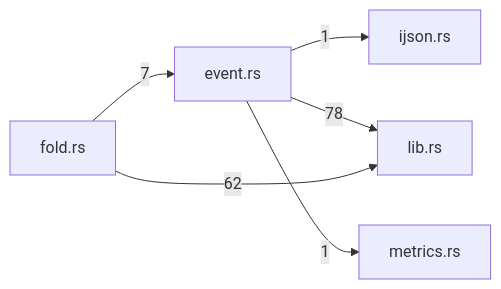
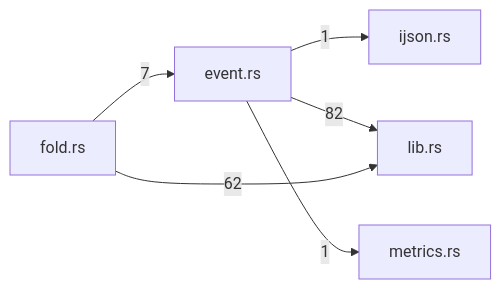
The diagram in crates/schema/docs/generated/index.md (TekesApps/TekesKernel), drawn with Mermaid before and after one commit. The commit also changed other lines of this file and 43 other files, not shown here.

````diff
--- a/crates/schema/docs/generated/index.md
+++ b/crates/schema/docs/generated/index.md
@@ -52,13 +54,13 @@
 ```mermaid
 flowchart LR
   m0["event.rs"]
   m1["fold.rs"]
   m2["ijson.rs"]
   m3["lib.rs"]
   m4["metrics.rs"]
   m0 -->|"1"| m2
-  m0 -->|"78"| m3
+  m0 -->|"82"| m3
   m0 -->|"1"| m4
   m1 -->|"7"| m0
   m1 -->|"62"| m3
 ```
````
